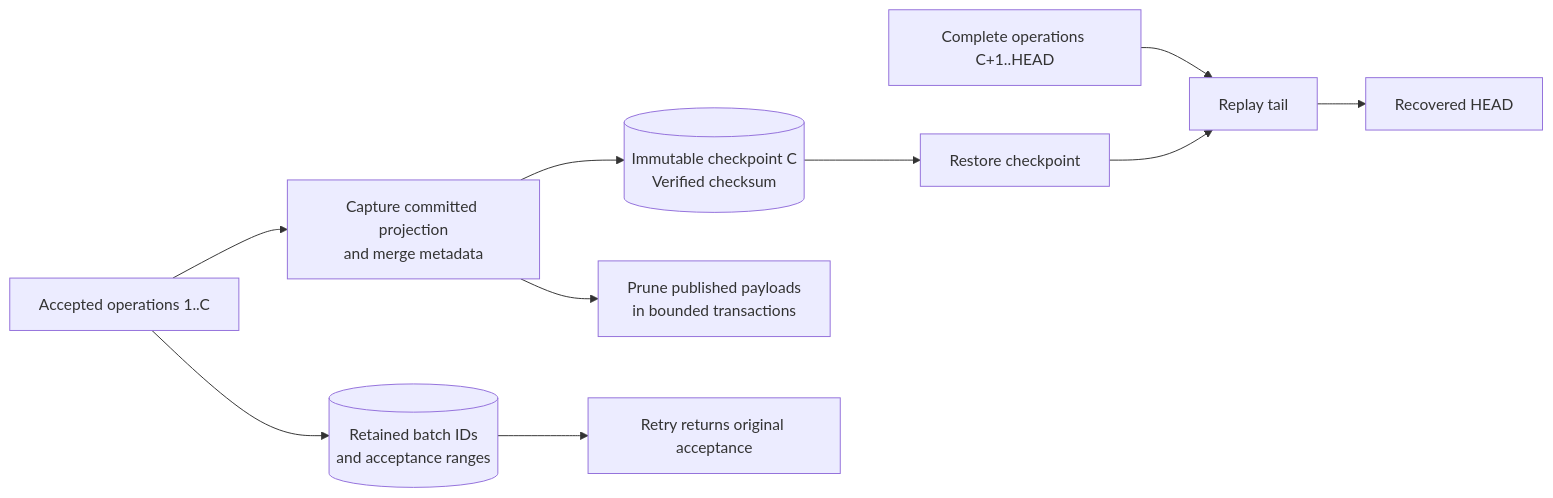
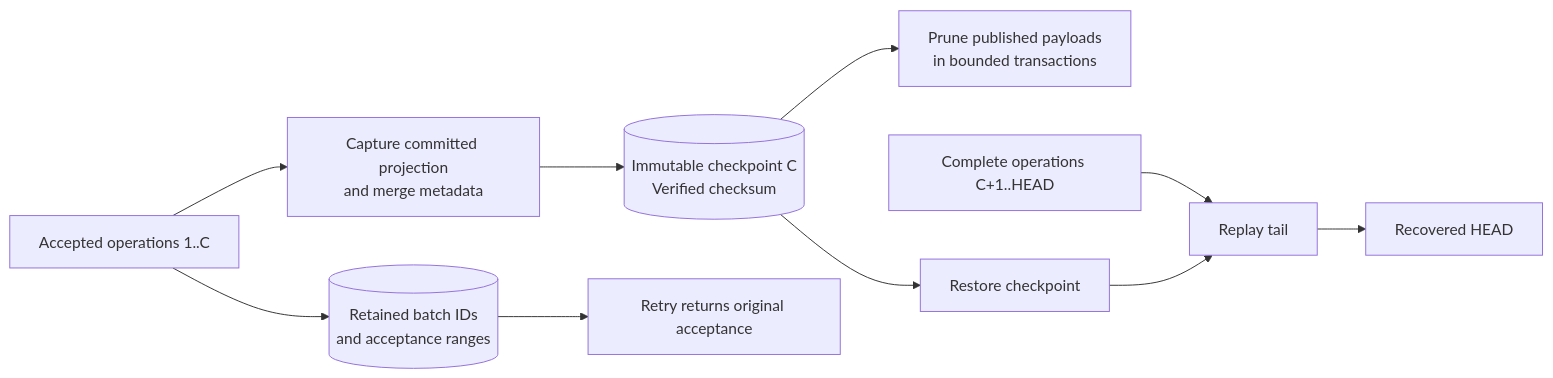
Before and after one commit to FrodeRanders/archimesh: the diagram in docs/checkpoint-pruning.md, drawn with Mermaid. The commit also changed other lines of this file and 15 other files, not shown here.

````diff
--- a/docs/checkpoint-pruning.md
+++ b/docs/checkpoint-pruning.md
@@ -11,12 +11,12 @@
 ```mermaid
 flowchart LR
     Prefix["Accepted operations 1..C"] --> Capture["Capture committed projection<br/>and merge metadata"]
     Capture --> CP[("Immutable checkpoint C<br/>Verified checksum")]
     Prefix --> Receipts[("Retained batch IDs<br/>and acceptance ranges")]
-    Capture --> Prune["Prune published payloads<br/>in bounded transactions"]
+    CP --> Prune["Prune published payloads<br/>in bounded transactions"]
     CP --> Restore["Restore checkpoint"]
     Tail["Complete operations C+1..HEAD"] --> Replay["Replay tail"]
     Restore --> Replay
     Replay --> Head["Recovered HEAD"]
     Receipts --> Retry["Retry returns original acceptance"]
 ```
````
